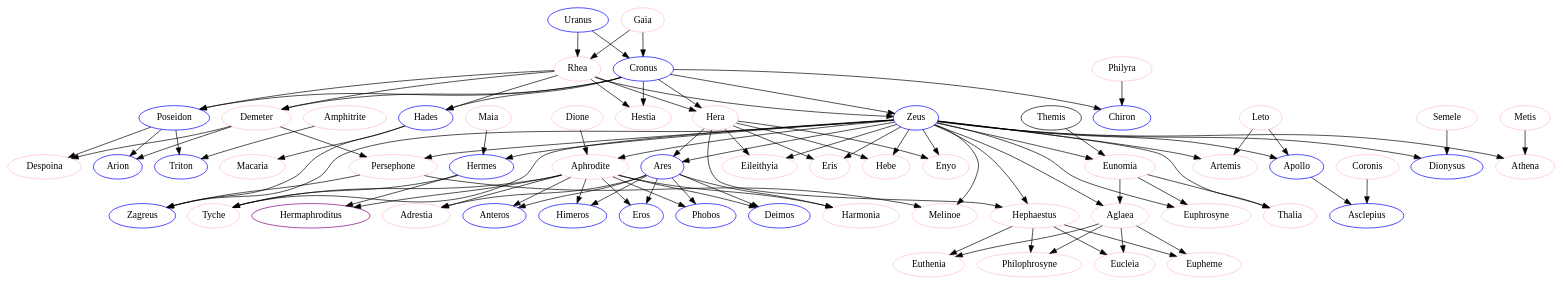
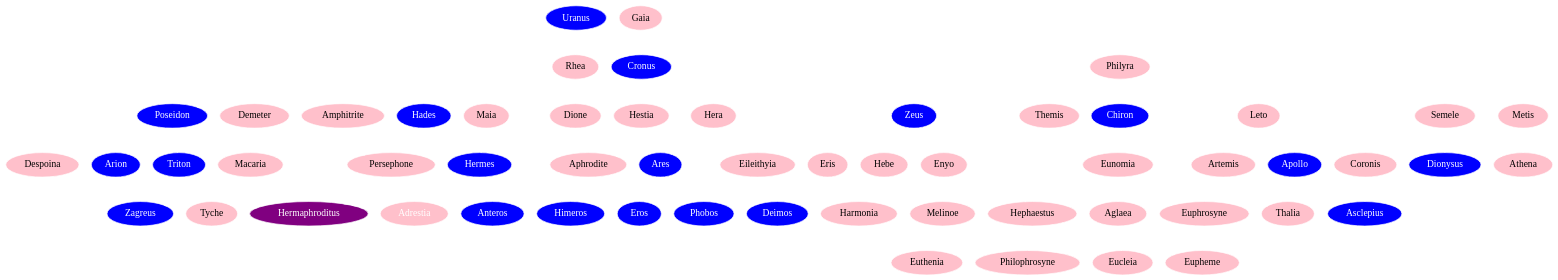
The diagram in gods.dot (bagrounds/greek-mythology), drawn with Graphviz before and after one commit. The commit also changed 6 other files, not shown here.

```diff
--- a/gods.dot
+++ b/gods.dot
@@ -1,200 +1,204 @@
 digraph gods {
-  Zeus[color=blue];
-  Cronus[color=blue];
-  Poseidon[color=blue];
-  Ares[color=blue];
-  Apollo[color=blue];
-  Zagreus[color=blue];
-  Hades[color=blue];
-  Hermes[color=blue];
-  Dionysus[color=blue];
-  Uranus[color=blue];
-  Chiron[color=blue];
-  Triton[color=blue]
+  graph[style=filled pencolor=white bgcolor=transparent]
 
-  Amphitrite[color=pink]
-  Macaria[color=pink];
-  Gaia[color=pink];
-  Philyra[color=pink];
-  Melinoe[color=pink];
-  Artemis[color=pink];
-  Semele[color=pink];
-  Maia[color=pink];
-  Aphrodite[color=pink];
-  Dione[color=pink];
-  Leto[color=pink];
-  Hephaestus[color=pink];
-  Hestia[color=pink];
-  Metis[color=pink];
-  Hera[color=pink];
-  Athena[color=pink];
-  Persephone[color=pink];
-  Demeter[color=pink];
-  Rhea[color=pink];
-  Enyo[color=pink]
-  Eileithyia[color=pink]
-  Eris[color=pink]
-  Hebe[color=pink]
+  Zeus[color=white fontcolor=white style=filled fillcolor=blue]
+  Cronus[color=white fontcolor=white style=filled fillcolor=blue]
+  Poseidon[color=white fontcolor=white style=filled fillcolor=blue]
+  Ares[color=white fontcolor=white style=filled fillcolor=blue]
+  Apollo[color=white fontcolor=white style=filled fillcolor=blue]
+  Zagreus[color=white fontcolor=white style=filled fillcolor=blue]
+  Hades[color=white fontcolor=white style=filled fillcolor=blue]
+  Hermes[color=white fontcolor=white style=filled fillcolor=blue]
+  Dionysus[color=white fontcolor=white style=filled fillcolor=blue]
+  Uranus[color=white fontcolor=white style=filled fillcolor=blue]
+  Chiron[color=white fontcolor=white style=filled fillcolor=blue]
+  Triton[color=white fontcolor=white style=filled fillcolor=blue]
 
-  Cronus -> Zeus;
-  Rhea -> Zeus;
+  Amphitrite[color=white fontcolor=black style=filled fillcolor=pink]
+  Macaria[color=white fontcolor=black style=filled fillcolor=pink]
+  Gaia[color=white fontcolor=black style=filled fillcolor=pink]
+  Philyra[color=white fontcolor=black style=filled fillcolor=pink]
+  Melinoe[color=white fontcolor=black style=filled fillcolor=pink]
+  Artemis[color=white fontcolor=black style=filled fillcolor=pink]
+  Semele[color=white fontcolor=black style=filled fillcolor=pink]
+  Maia[color=white fontcolor=black style=filled fillcolor=pink]
+  Aphrodite[color=white fontcolor=black style=filled fillcolor=pink]
+  Dione[color=white fontcolor=black style=filled fillcolor=pink]
+  Leto[color=white fontcolor=black style=filled fillcolor=pink]
+  Hephaestus[color=white fontcolor=black style=filled fillcolor=pink]
+  Hestia[color=white fontcolor=black style=filled fillcolor=pink]
+  Metis[color=white fontcolor=black style=filled fillcolor=pink]
+  Hera[color=white fontcolor=black style=filled fillcolor=pink]
+  Athena[color=white fontcolor=black style=filled fillcolor=pink]
+  Persephone[color=white fontcolor=black style=filled fillcolor=pink]
+  Demeter[color=white fontcolor=black style=filled fillcolor=pink]
+  Rhea[color=white fontcolor=black style=filled fillcolor=pink]
+  Enyo[color=white fontcolor=black style=filled fillcolor=pink]
+  Eileithyia[color=white fontcolor=black style=filled fillcolor=pink]
+  Eris[color=white fontcolor=black style=filled fillcolor=pink]
+  Hebe[color=white fontcolor=black style=filled fillcolor=pink]
 
-  Cronus -> Hera;
-  Rhea -> Hera;
+  Cronus -> Zeus[color=white]
+  Rhea -> Zeus[color=white]
 
-  Cronus -> Demeter;
-  Rhea -> Demeter;
+  Cronus -> Hera[color=white]
+  Rhea -> Hera[color=white]
 
-  Cronus -> Hades;
-  Rhea -> Hades;
+  Cronus -> Demeter[color=white]
+  Rhea -> Demeter[color=white]
 
-  Cronus -> Hestia;
-  Rhea -> Hestia;
+  Cronus -> Hades[color=white]
+  Rhea -> Hades[color=white]
 
-  Cronus -> Poseidon;
-  Rhea -> Poseidon;
+  Cronus -> Hestia[color=white]
+  Rhea -> Hestia[color=white]
 
-  Zeus -> Persephone;
-  Demeter -> Persephone;
+  Cronus -> Poseidon[color=white]
+  Rhea -> Poseidon[color=white]
 
-  Zeus -> Ares;
-  Hera -> Ares;
+  Zeus -> Persephone[color=white]
+  Demeter -> Persephone[color=white]
 
-  Zeus -> Athena;
-  Metis -> Athena;
+  Zeus -> Ares[color=white]
+  Hera -> Ares[color=white]
 
-  Zeus -> Apollo;
-  Leto -> Apollo;
+  Zeus -> Athena[color=white]
+  Metis -> Athena[color=white]
 
-  Zeus -> Artemis;
-  Leto -> Artemis;
+  Zeus -> Apollo[color=white]
+  Leto -> Apollo[color=white]
 
-  Persephone -> Melinoe;
-  Zeus -> Melinoe;
+  Zeus -> Artemis[color=white]
+  Leto -> Artemis[color=white]
 
-  Persephone -> Zagreus;
-  Zeus -> Zagreus;
-  Hades -> Zagreus;
+  Persephone -> Melinoe[color=white]
+  Zeus -> Melinoe[color=white]
 
-  Zeus -> Aphrodite;
-  Dione -> Aphrodite;
+  Persephone -> Zagreus[color=white]
+  Zeus -> Zagreus[color=white]
+  Hades -> Zagreus[color=white]
 
-  Zeus -> Hermes;
-  Maia -> Hermes;
+  Zeus -> Aphrodite[color=white]
+  Dione -> Aphrodite[color=white]
 
-  Zeus -> Dionysus;
-  Semele -> Dionysus;
+  Zeus -> Hermes[color=white]
+  Maia -> Hermes[color=white]
 
-  Zeus -> Hephaestus;
-  Hera -> Hephaestus;
+  Zeus -> Dionysus[color=white]
+  Semele -> Dionysus[color=white]
 
-  Zeus -> Hebe;
-  Hera -> Hebe;
+  Zeus -> Hephaestus[color=white]
+  Hera -> Hephaestus[color=white]
 
-  Zeus -> Eris;
-  Hera -> Eris;
+  Zeus -> Hebe[color=white]
+  Hera -> Hebe[color=white]
 
-  Zeus -> Eileithyia;
-  Hera -> Eileithyia;
+  Zeus -> Eris[color=white]
+  Hera -> Eris[color=white]
 
-  Zeus -> Enyo;
-  Hera -> Enyo;
+  Zeus -> Eileithyia[color=white]
+  Hera -> Eileithyia[color=white]
 
-  Cronus -> Chiron;
-  Philyra -> Chiron;
+  Zeus -> Enyo[color=white]
+  Hera -> Enyo[color=white]
 
-  Uranus -> Cronus;
-  Gaia -> Cronus;
+  Cronus -> Chiron[color=white]
+  Philyra -> Chiron[color=white]
 
-  Uranus -> Rhea;
-  Gaia -> Rhea;
+  Uranus -> Cronus[color=white]
+  Gaia -> Cronus[color=white]
 
-  Hades -> Macaria;
+  Uranus -> Rhea[color=white]
+  Gaia -> Rhea[color=white]
 
-  Poseidon -> Triton;
-  Amphitrite -> Triton;
+  Hades -> Macaria[color=white]
 
-  Eros[color=blue]
-  Aphrodite -> Eros;
-  Ares -> Eros;
+  Poseidon -> Triton[color=white]
+  Amphitrite -> Triton[color=white]
 
-  Phobos[color=blue]
-  Aphrodite -> Phobos;
-  Ares -> Phobos;
+  Eros[color=white fontcolor=white style=filled fillcolor=blue]
+  Aphrodite -> Eros[color=white]
+  Ares -> Eros[color=white]
 
-  Deimos[color=blue]
-  Aphrodite -> Deimos;
-  Ares -> Deimos;
+  Phobos[color=white fontcolor=white style=filled fillcolor=blue]
+  Aphrodite -> Phobos[color=white]
+  Ares -> Phobos[color=white]
 
-  Harmonia[color=pink]
-  Adrestia[color=Pink]
-  Aphrodite -> Harmonia;
-  Ares -> Harmonia;
+  Deimos[color=white fontcolor=white style=filled fillcolor=blue]
+  Aphrodite -> Deimos[color=white]
+  Ares -> Deimos[color=white]
 
-  Anteros[color=blue]
-  Aphrodite -> Anteros;
-  Ares -> Anteros;
+  Harmonia[color=white fontcolor=black style=filled fillcolor=pink]
+  Adrestia[color=white fontcolor=white style=filled fillcolor=Pink]
+  Aphrodite -> Harmonia[color=white]
+  Ares -> Harmonia[color=white]
 
-  Aphrodite -> Adrestia;
-  Ares -> Adrestia;
+  Anteros[color=white fontcolor=white style=filled fillcolor=blue]
+  Aphrodite -> Anteros[color=white]
+  Ares -> Anteros[color=white]
 
-  Himeros[color=blue]
-  Aphrodite -> Himeros;
-  Ares -> Himeros;
+  Aphrodite -> Adrestia[color=white]
+  Ares -> Adrestia[color=white]
 
-  Hermaphroditus[color=purple]
-  Hermes[color=blue]
-  Aphrodite -> Hermaphroditus;
-  Hermes -> Hermaphroditus;
+  Himeros[color=white fontcolor=white style=filled fillcolor=blue]
+  Aphrodite -> Himeros[color=white]
+  Ares -> Himeros[color=white]
 
-  Tyche[color=pink]
-  Aphrodite -> Tyche;
-  Zeus -> Tyche;
-  Hermes -> Tyche;
+  Hermaphroditus[color=white fontcolor=white style=filled fillcolor=purple]
+  Hermes[color=white fontcolor=white style=filled fillcolor=blue]
+  Aphrodite -> Hermaphroditus[color=white]
+  Hermes -> Hermaphroditus[color=white]
 
-  Eunomia[color=pink]
-  Zeus -> Eunomia;
-  Themis -> Eunomia;
+  Tyche[color=white fontcolor=black style=filled fillcolor=pink]
+  Aphrodite -> Tyche[color=white]
+  Zeus -> Tyche[color=white]
+  Hermes -> Tyche[color=white]
 
-  Despoina[color=pink]
-  Demeter -> Despoina;
-  Poseidon -> Despoina;
+  Eunomia[color=white fontcolor=black style=filled fillcolor=pink]
+  Zeus -> Eunomia[color=white]
 
-  Arion[color=blue]
-  Demeter -> Arion;
-  Poseidon -> Arion;
+  Themis[color=white fontcolor=black style=filled fillcolor=pink]
+  Themis -> Eunomia[color=white]
 
-  Aglaea[color=pink]
-  Eunomia[color=pink]
-  Zeus -> Aglaea;
-  Eunomia -> Aglaea;
+  Despoina[color=white fontcolor=black style=filled fillcolor=pink]
+  Demeter -> Despoina[color=white]
+  Poseidon -> Despoina[color=white]
 
-  Euphrosyne[color=pink]
-  Zeus -> Euphrosyne;
-  Eunomia -> Euphrosyne;
+  Arion[color=white fontcolor=white style=filled fillcolor=blue]
+  Demeter -> Arion[color=white]
+  Poseidon -> Arion[color=white]
 
-  Thalia[color=pink]
-  Zeus -> Thalia;
-  Eunomia -> Thalia;
+  Aglaea[color=white fontcolor=black style=filled fillcolor=pink]
+  Eunomia[color=white fontcolor=black style=filled fillcolor=pink]
+  Zeus -> Aglaea[color=white]
+  Eunomia -> Aglaea[color=white]
 
-  Eucleia[color=pink]
-  Aglaea -> Eucleia;
-  Hephaestus -> Eucleia;
+  Euphrosyne[color=white fontcolor=black style=filled fillcolor=pink]
+  Zeus -> Euphrosyne[color=white]
+  Eunomia -> Euphrosyne[color=white]
 
-  Eupheme[color=pink]
-  Aglaea -> Eupheme;
-  Hephaestus -> Eupheme;
+  Thalia[color=white fontcolor=black style=filled fillcolor=pink]
+  Zeus -> Thalia[color=white]
+  Eunomia -> Thalia[color=white]
 
-  Euthenia[color=pink]
-  Aglaea -> Euthenia;
-  Hephaestus -> Euthenia;
+  Eucleia[color=white fontcolor=black style=filled fillcolor=pink]
+  Aglaea -> Eucleia[color=white]
+  Hephaestus -> Eucleia[color=white]
 
-  Philophrosyne[color=pink]
-  Aglaea -> Philophrosyne;
-  Hephaestus -> Philophrosyne;
+  Eupheme[color=white fontcolor=black style=filled fillcolor=pink]
+  Aglaea -> Eupheme[color=white]
+  Hephaestus -> Eupheme[color=white]
 
-  Coronis[color=pink]
-  Asclepius[color=blue]
-  Apollo -> Asclepius;
-  Coronis -> Asclepius;
+  Euthenia[color=white fontcolor=black style=filled fillcolor=pink]
+  Aglaea -> Euthenia[color=white]
+  Hephaestus -> Euthenia[color=white]
+
+  Philophrosyne[color=white fontcolor=black style=filled fillcolor=pink]
+  Aglaea -> Philophrosyne[color=white]
+  Hephaestus -> Philophrosyne[color=white]
+
+  Coronis[color=white fontcolor=black style=filled fillcolor=pink]
+  Asclepius[color=white fontcolor=white style=filled fillcolor=blue]
+  Apollo -> Asclepius[color=white]
+  Coronis -> Asclepius[color=white]
 }
```
